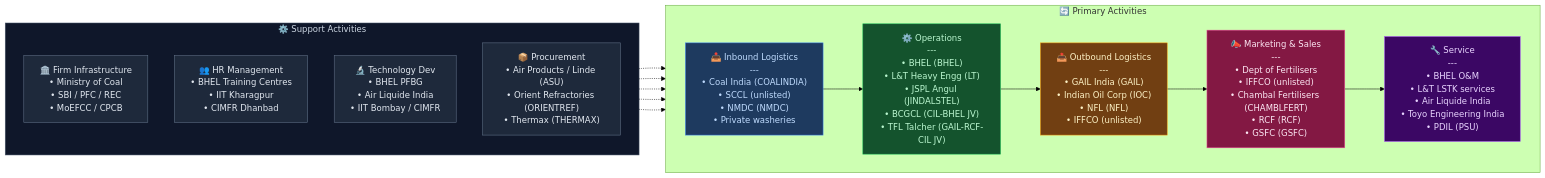
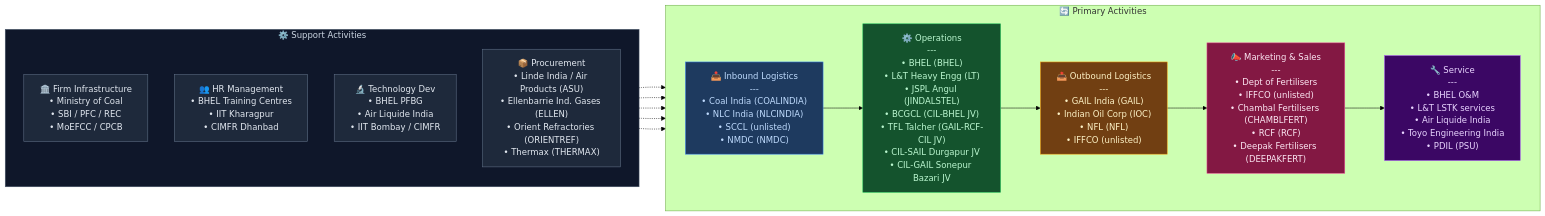
Before and after one commit to Anubhavsingh13/Value_chain: the second of 2 diagrams in Coal Gasification - Value Chain Analysis.md, drawn with Mermaid (forest theme). The commit also changed other lines of this file, not shown here.

Commit message:
Update Coal Gasification - Value Chain Analysis.md

````diff
--- a/Coal Gasification - Value Chain Analysis.md
+++ b/Coal Gasification - Value Chain Analysis.md
@@ -399,38 +496,38 @@
 ```mermaid
 flowchart LR
     subgraph SUPPORT["⚙️ Support Activities"]
         direction TB
         FI["🏛️ Firm Infrastructure\n• Ministry of Coal\n• SBI / PFC / REC\n• MoEFCC / CPCB"]
         HR["👥 HR Management\n• BHEL Training Centres\n• IIT Kharagpur\n• CIMFR Dhanbad"]
         TD["🔬 Technology Dev\n• BHEL PFBG\n• Air Liquide India\n• IIT Bombay / CIMFR"]
-        PR["📦 Procurement\n• Air Products / Linde (ASU)\n• Orient Refractories (ORIENTREF)\n• Thermax (THERMAX)"]
+        PR["📦 Procurement\n• Linde India / Air Products (ASU)\n• Ellenbarrie Ind. Gases (ELLEN)\n• Orient Refractories (ORIENTREF)\n• Thermax (THERMAX)"]
     end
 
     subgraph PRIMARY["🔄 Primary Activities"]
         direction LR
-        IL["📥 Inbound Logistics\n---\n• Coal India (COALINDIA)\n• SCCL (unlisted)\n• NMDC (NMDC)\n• Private washeries"]
-        OP["⚙️ Operations\n---\n• BHEL (BHEL)\n• L&T Heavy Engg (LT)\n• JSPL Angul (JINDALSTEL)\n• BCGCL (CIL-BHEL JV)\n• TFL Talcher (GAIL-RCF-CIL JV)"]
+        IL["📥 Inbound Logistics\n---\n• Coal India (COALINDIA)\n• NLC India (NLCINDIA)\n• SCCL (unlisted)\n• NMDC (NMDC)"]
+        OP["⚙️ Operations\n---\n• BHEL (BHEL)\n• L&T Heavy Engg (LT)\n• JSPL Angul (JINDALSTEL)\n• BCGCL (CIL-BHEL JV)\n• TFL Talcher (GAIL-RCF-CIL JV)\n• CIL-SAIL Durgapur JV\n• CIL-GAIL Sonepur Bazari JV"]
         OL["📤 Outbound Logistics\n---\n• GAIL India (GAIL)\n• Indian Oil Corp (IOC)\n• NFL (NFL)\n• IFFCO (unlisted)"]
-        MS["📣 Marketing & Sales\n---\n• Dept of Fertilisers\n• IFFCO (unlisted)\n• Chambal Fertilisers (CHAMBLFERT)\n• RCF (RCF)\n• GSFC (GSFC)"]
+        MS["📣 Marketing & Sales\n---\n• Dept of Fertilisers\n• IFFCO (unlisted)\n• Chambal Fertilisers (CHAMBLFERT)\n• RCF (RCF)\n• Deepak Fertilisers (DEEPAKFERT)"]
         SV["🔧 Service\n---\n• BHEL O&M\n• L&T LSTK services\n• Air Liquide India\n• Toyo Engineering India\n• PDIL (PSU)"]
     end
 
     IL --> OP --> OL --> MS --> SV
 
     SUPPORT -.-> IL
     SUPPORT -.-> OP
     SUPPORT -.-> OL
     SUPPORT -.-> MS
     SUPPORT -.-> SV
 
     style IL fill:#1e3a5f,stroke:#3b82f6,color:#bfdbfe
     style OP fill:#14532d,stroke:#22c55e,color:#bbf7d0
     style OL fill:#713f12,stroke:#f59e0b,color:#fef3c7
     style MS fill:#831843,stroke:#ec4899,color:#fce7f3
     style SV fill:#3b0764,stroke:#a855f7,color:#e9d5ff
     style SUPPORT fill:#0f172a,stroke:#475569,color:#cbd5e1
     style FI fill:#1e293b,stroke:#64748b,color:#e2e8f0
     style HR fill:#1e293b,stroke:#64748b,color:#e2e8f0
     style TD fill:#1e293b,stroke:#64748b,color:#e2e8f0
     style PR fill:#1e293b,stroke:#64748b,color:#e2e8f0
 ```
````
